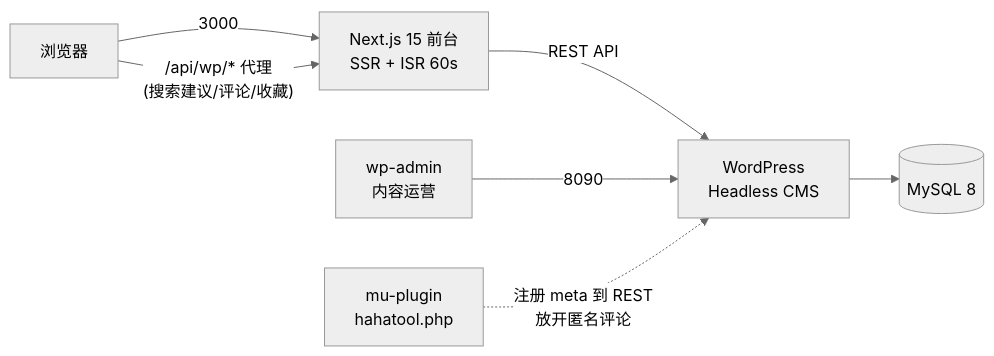
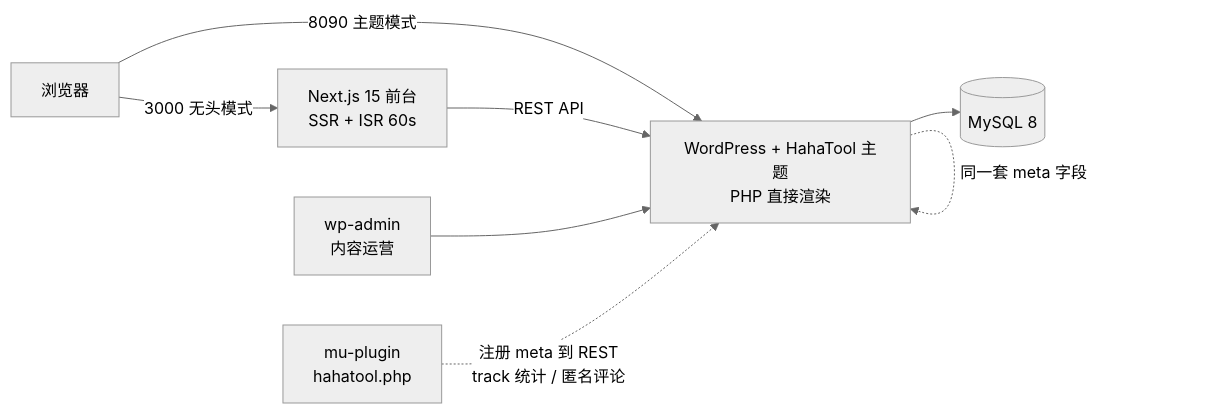
Before and after one commit to maobase/hahatool: the diagram in README.md, drawn with Mermaid (neutral theme). The commit also changed other lines of this file and 29 other files, not shown here.

First line of the commit message:
feat: WordPress 主题版本（无头模式之外的第二前台）

````diff
--- a/README.md
+++ b/README.md
@@ -66,9 +76,10 @@
 ```mermaid
 graph LR
-  A[浏览器] -->|3000| B[Next.js 15 前台<br/>SSR + ISR 60s]
-  A -->|"/api/wp/* 代理<br/>(搜索建议/评论/收藏)"| B
-  B -->|REST API| C[WordPress<br/>Headless CMS]
+  A[浏览器] -->|3000 无头模式| B[Next.js 15 前台<br/>SSR + ISR 60s]
+  A -->|8090 主题模式| C[WordPress + HahaTool 主题<br/>PHP 直接渲染]
+  B -->|REST API| C
   C --> D[(MySQL 8)]
-  E[wp-admin<br/>内容运营] -->|8090| C
-  F[mu-plugin<br/>hahatool.php] -.->|注册 meta 到 REST<br/>放开匿名评论| C
+  E[wp-admin<br/>内容运营] --> C
+  F[mu-plugin<br/>hahatool.php] -.->|注册 meta 到 REST<br/>track 统计 / 匿名评论| C
+  C -.->|同一套 meta 字段| C
 ```
````
